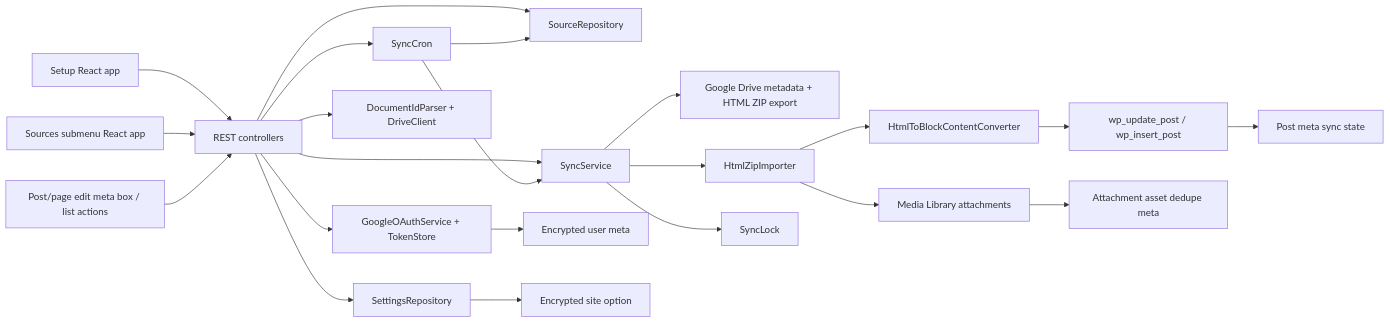
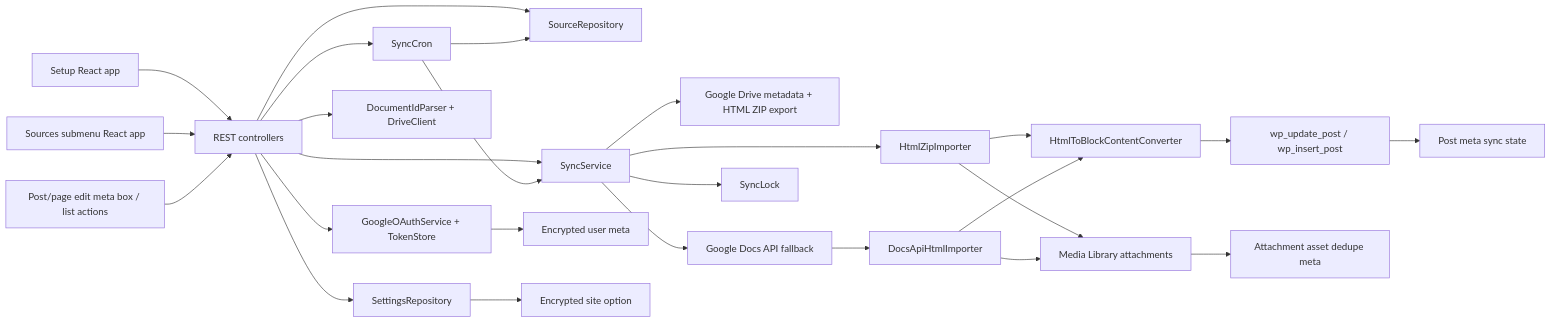
The diagram in docs/system-architecture.md (Brasth/DocSync-WP), drawn with Mermaid before and after one commit. The commit also changed other lines of this file and 31 other files, not shown here.

Commit message:
feat: add large Google Doc sync fallback

````diff
--- a/docs/system-architecture.md
+++ b/docs/system-architecture.md
@@ -18,24 +18,28 @@
 ```mermaid
 flowchart LR
   SetupApp["Setup React app"] --> REST["REST controllers"]
   SourcesApp["Sources submenu React app"] --> REST
   TargetUI["Post/page edit meta box / list actions"] --> REST
   REST --> Settings["SettingsRepository"]
   REST --> OAuth["GoogleOAuthService + TokenStore"]
   REST --> Docs["DocumentIdParser + DriveClient"]
   REST --> Sources["SourceRepository"]
   REST --> Sync["SyncService"]
   REST --> Cron["SyncCron"]
   Sync --> Drive["Google Drive metadata + HTML ZIP export"]
+  Sync --> DocsAPI["Google Docs API fallback"]
   Sync --> Import["HtmlZipImporter"]
+  DocsAPI --> FallbackImport["DocsApiHtmlImporter"]
   Import --> Blocks["HtmlToBlockContentConverter"]
+  FallbackImport --> Blocks
   Sync --> Lock["SyncLock"]
   Import --> Media["Media Library attachments"]
   Blocks --> WP["wp_update_post / wp_insert_post"]
   WP --> Meta["Post meta sync state"]
   Media --> AttachmentMeta["Attachment asset dedupe meta"]
+  FallbackImport --> Media
   OAuth --> Tokens["Encrypted user meta"]
   Settings --> Opts["Encrypted site option"]
   Cron --> Sources
   Cron --> Sync
 ```
````
